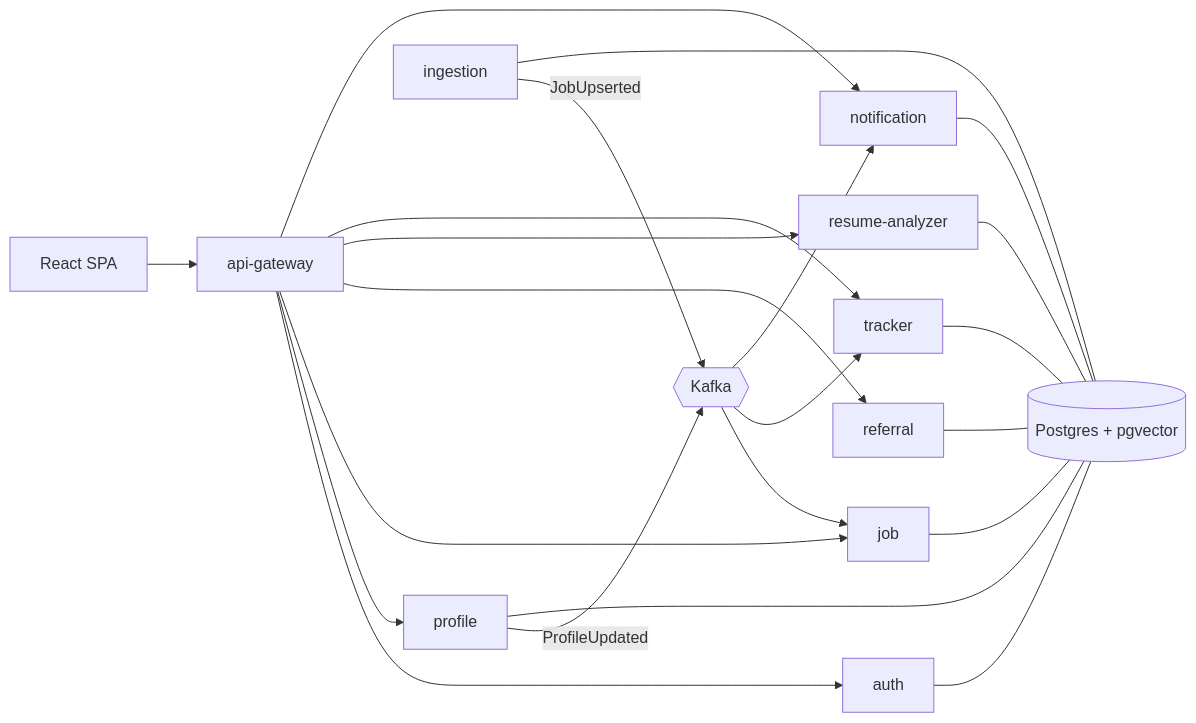
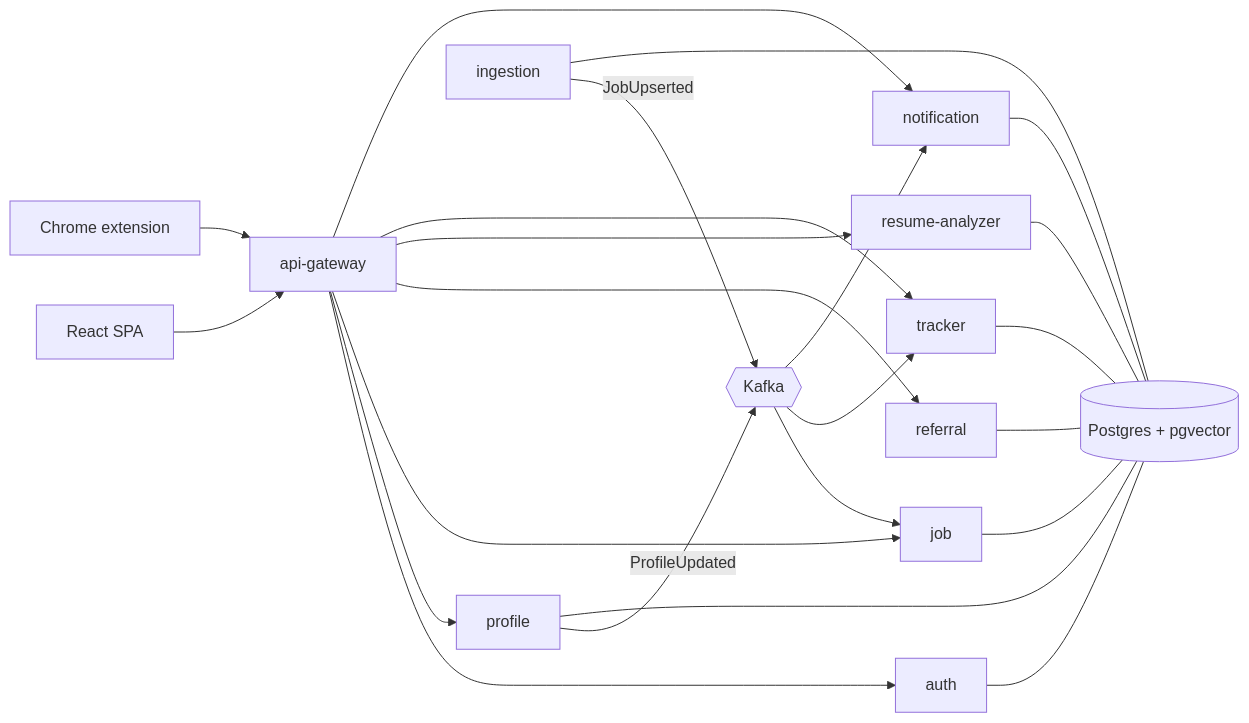
Before and after one commit to Dimple9812/referboard: the diagram in README.md, drawn with Mermaid. The commit also changed other lines of this file and 76 other files, not shown here.

````diff
--- a/README.md
+++ b/README.md
@@ -10,9 +10,10 @@
 ```mermaid
 flowchart LR
     SPA[React SPA] --> GW[api-gateway]
+    EXT[Chrome extension] --> GW
     GW --> AUTH[auth] & PROF[profile] & JOB[job] & REF[referral] & ANA[resume-analyzer] & TRK[tracker] & NOT[notification]
     ING[ingestion] -- JobUpserted --> K{{Kafka}}
     PROF -- ProfileUpdated --> K
     K --> JOB & TRK & NOT
     AUTH & PROF & ING & JOB & REF & ANA & TRK & NOT --- PG[(Postgres + pgvector)]
 ```
````
